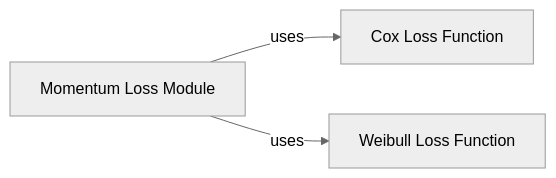
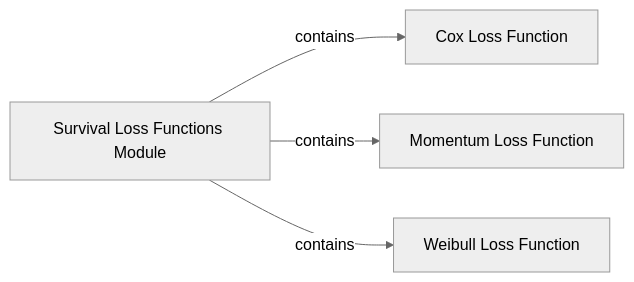
The diagram in torchsurv/Survival_Loss_Functions.md (CodeBoarding/GeneratedOnBoardings), drawn with Mermaid (neutral theme) before and after one commit. The commit also changed other lines of this file and 39 other files, not shown here.

````diff
--- a/torchsurv/Survival_Loss_Functions.md
+++ b/torchsurv/Survival_Loss_Functions.md
@@ -1,10 +1,13 @@
 ```mermaid
 graph LR
+    Survival_Loss_Functions_Module["Survival Loss Functions Module"]
     Cox_Loss_Function["Cox Loss Function"]
+    Momentum_Loss_Function["Momentum Loss Function"]
     Weibull_Loss_Function["Weibull Loss Function"]
-    Momentum_Loss_Module["Momentum Loss Module"]
-    Momentum_Loss_Module -- "uses" --> Cox_Loss_Function
-    Momentum_Loss_Module -- "uses" --> Weibull_Loss_Function
+    Survival_Loss_Functions_Module -- "contains" --> Cox_Loss_Function
+    Survival_Loss_Functions_Module -- "contains" --> Momentum_Loss_Function
+    Survival_Loss_Functions_Module -- "contains" --> Weibull_Loss_Function
+    click Survival_Loss_Functions_Module href "https://github.com/CodeBoarding/GeneratedOnBoardings/blob/main/torchsurv/Survival_Loss_Functions_Module.md" "Details"
     click Cox_Loss_Function href "https://github.com/CodeBoarding/GeneratedOnBoardings/blob/main/torchsurv/Cox_Loss_Function.md" "Details"
-    click Momentum_Loss_Module href "https://github.com/CodeBoarding/GeneratedOnBoardings/blob/main/torchsurv/Momentum_Loss_Module.md" "Details"
+    click Momentum_Loss_Function href "https://github.com/CodeBoarding/GeneratedOnBoardings/blob/main/torchsurv/Momentum_Loss_Function.md" "Details"
 ```
````
